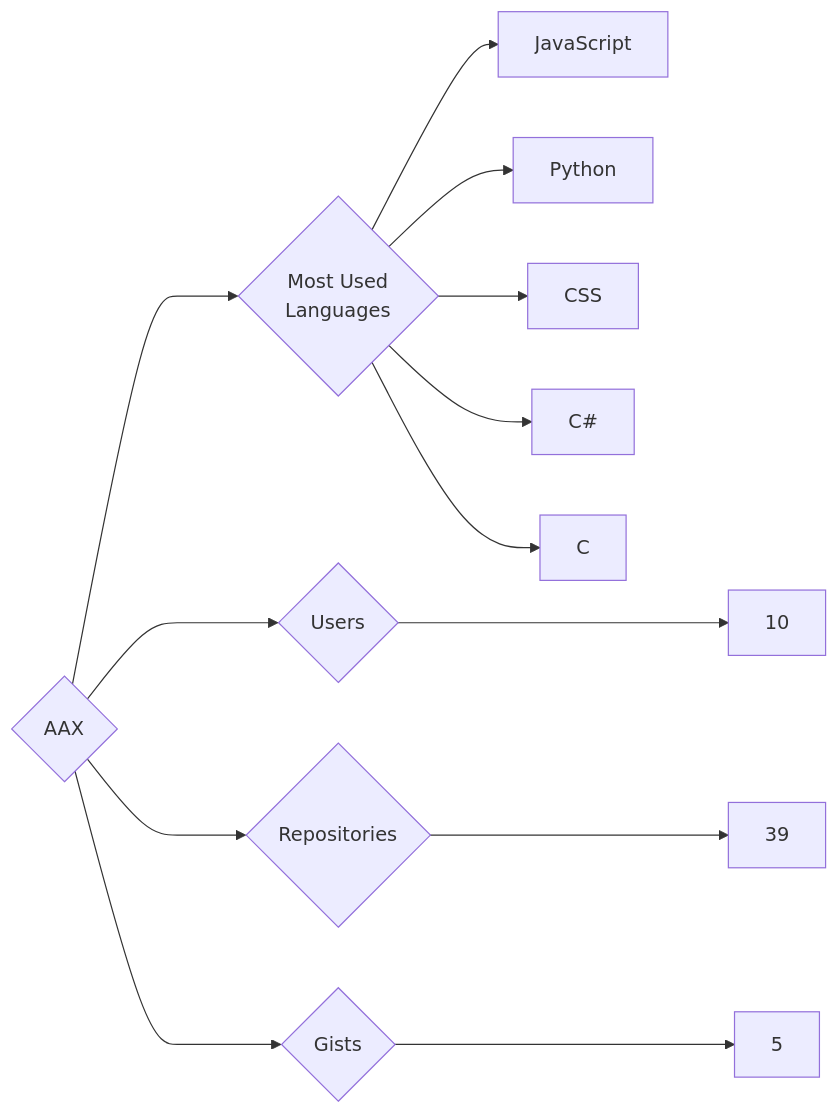
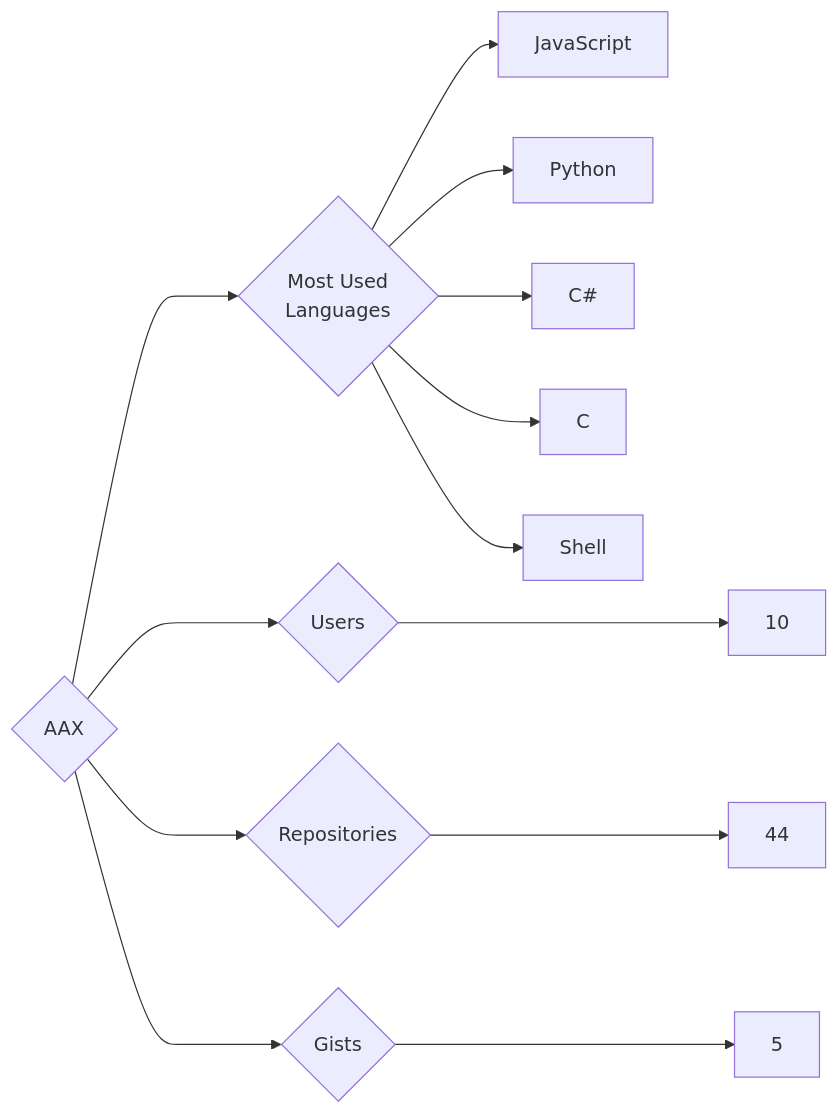
The diagram in targets/AAX/README.md (trickest/insiders), drawn with Mermaid before and after one commit. The commit also changed 934 other files, not shown here.

````diff
--- a/targets/AAX/README.md
+++ b/targets/AAX/README.md
@@ -3,13 +3,13 @@
 ```mermaid
 graph LR
 COMPANY_NAME{AAX}
 COMPANY_NAME ---> U{Users} ---> UN[10]
-COMPANY_NAME ---> R{Repositories} ---> RN[39]
+COMPANY_NAME ---> R{Repositories} ---> RN[44]
 COMPANY_NAME ---> G{Gists} ---> GN[5]
 COMPANY_NAME ---> ML{Most Used<br>Languages}
 ML --> JavaScript[JavaScript]
 ML --> Python[Python]
-ML --> CSS[CSS]
 ML --> C#[C#]
 ML --> C[C]
+ML --> Shell[Shell]
 ```
````
